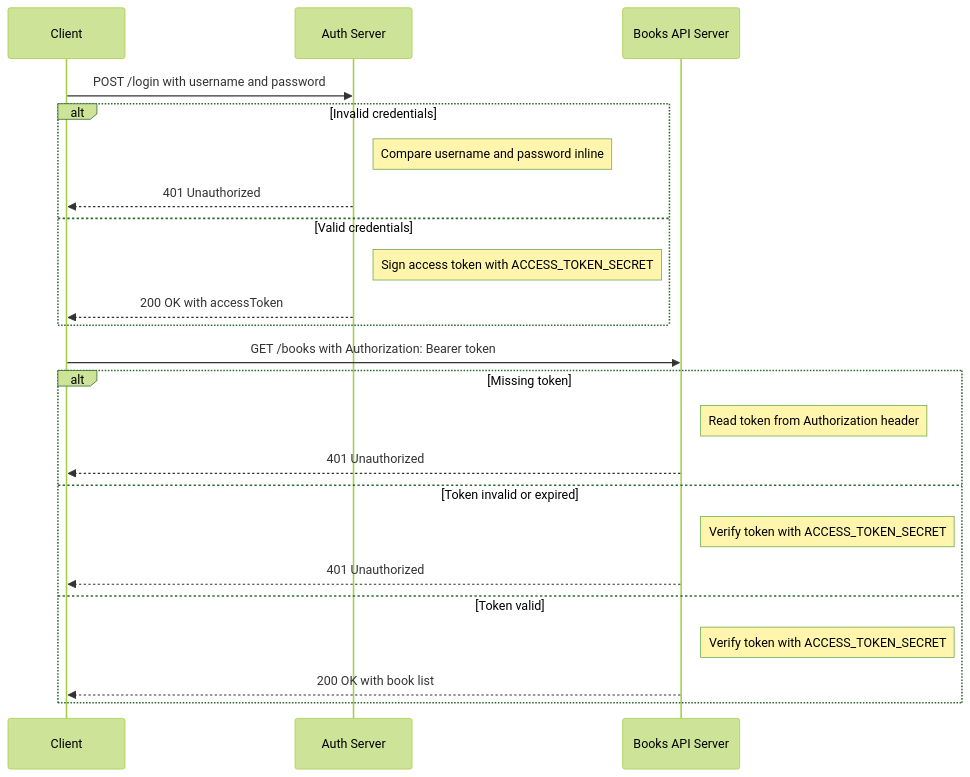
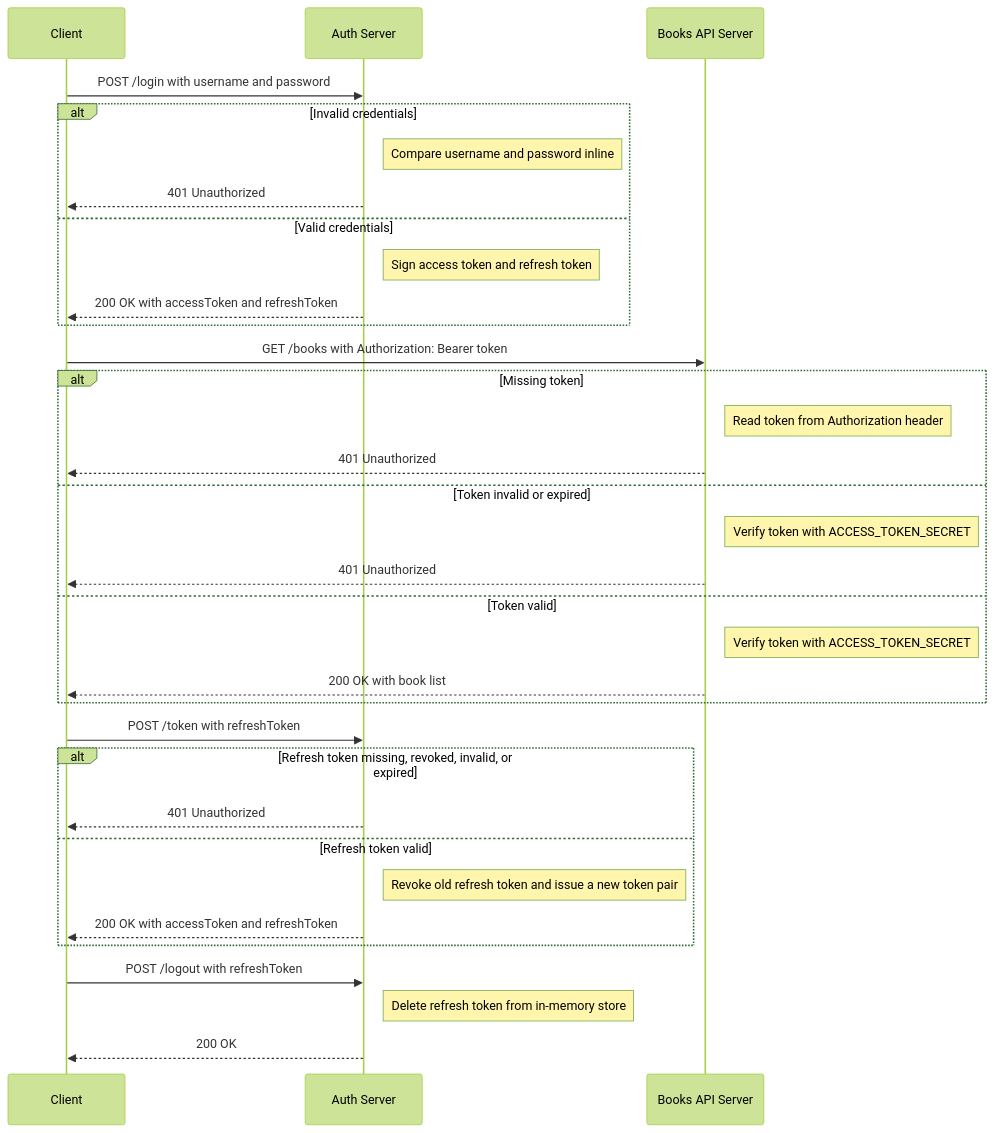
One commit to thangphan3000/jwt changed the diagram in README.md. Above: the diagram before and after it, drawn with Mermaid (forest theme). The commit also changed other lines of this file and 2 other files, not shown here.

Commit message:
feat(auth): add rotating refresh tokens

````diff
--- a/README.md
+++ b/README.md
@@ -109,29 +137,42 @@
 ```mermaid
 sequenceDiagram
     participant Client
     participant AuthServer as Auth Server
     participant Books as Books API Server
 
     Client->>AuthServer: POST /login with username and password
 
     alt Invalid credentials
         Note right of AuthServer: Compare username and password inline
         AuthServer-->>Client: 401 Unauthorized
     else Valid credentials
-        Note right of AuthServer: Sign access token with ACCESS_TOKEN_SECRET
-        AuthServer-->>Client: 200 OK with accessToken
+        Note right of AuthServer: Sign access token and refresh token
+        AuthServer-->>Client: 200 OK with accessToken and refreshToken
     end
 
     Client->>Books: GET /books with Authorization: Bearer token
 
     alt Missing token
         Note right of Books: Read token from Authorization header
         Books-->>Client: 401 Unauthorized
     else Token invalid or expired
         Note right of Books: Verify token with ACCESS_TOKEN_SECRET
         Books-->>Client: 401 Unauthorized
     else Token valid
         Note right of Books: Verify token with ACCESS_TOKEN_SECRET
         Books-->>Client: 200 OK with book list
     end
+
+    Client->>AuthServer: POST /token with refreshToken
+
+    alt Refresh token missing, revoked, invalid, or expired
+        AuthServer-->>Client: 401 Unauthorized
+    else Refresh token valid
+        Note right of AuthServer: Revoke old refresh token and issue a new token pair
+        AuthServer-->>Client: 200 OK with accessToken and refreshToken
+    end
+
+    Client->>AuthServer: POST /logout with refreshToken
+    Note right of AuthServer: Delete refresh token from in-memory store
+    AuthServer-->>Client: 200 OK
 ```
````
